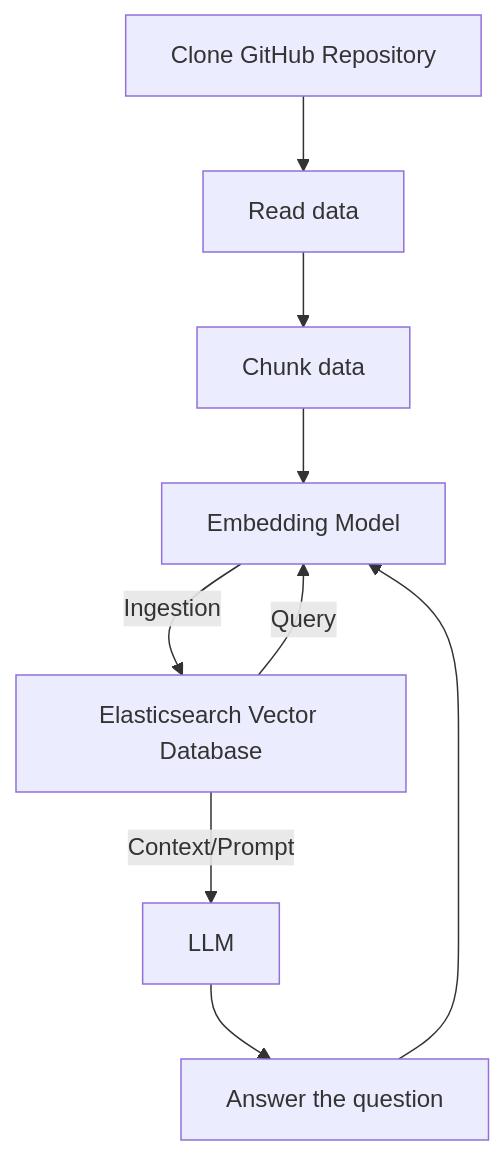
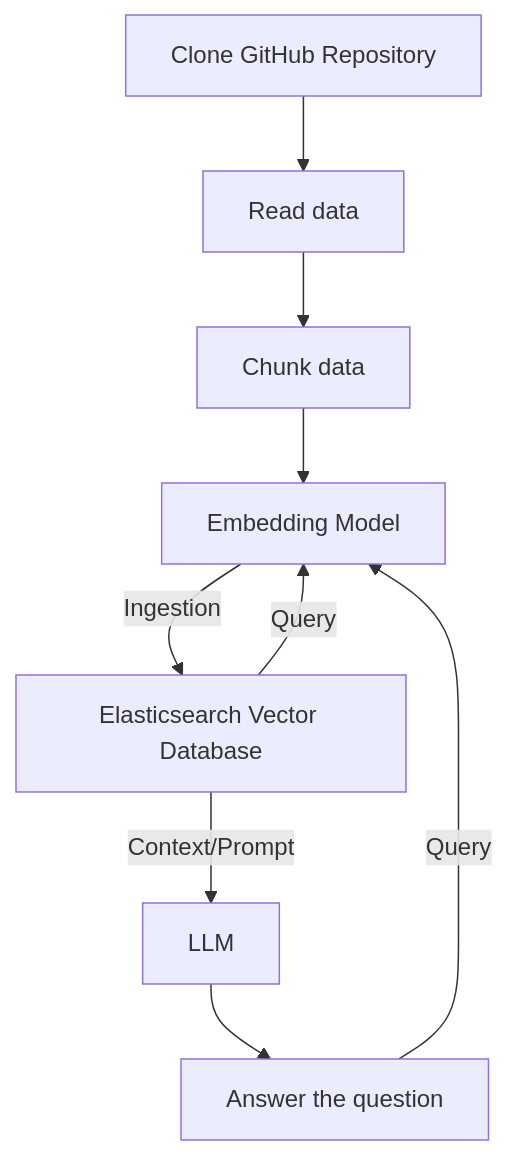
The diagram in README.md (DuckCrew/github-repo-searcher), drawn with Mermaid before and after one commit. The commit also changed other lines of this file, not shown here.

````diff
--- a/README.md
+++ b/README.md
@@ -4,11 +5,11 @@
 ```mermaid
 flowchart TD
     A[Clone GitHub Repository] --> B[Read data]
     B --> C[Chunk data]
     C --> D[Embedding Model]
     D -->|Ingestion| E[Elasticsearch Vector Database]
     E -->|Query| D
     E -->|Context/Prompt| F[LLM]
     F --> G[Answer the question]
-    G -->D
+    G -->|Query| D
 ```
````
